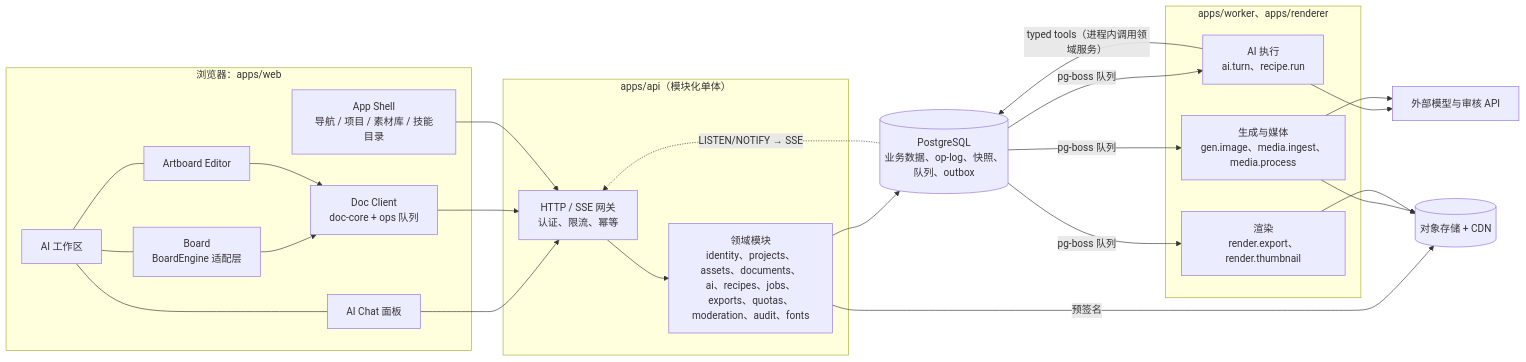
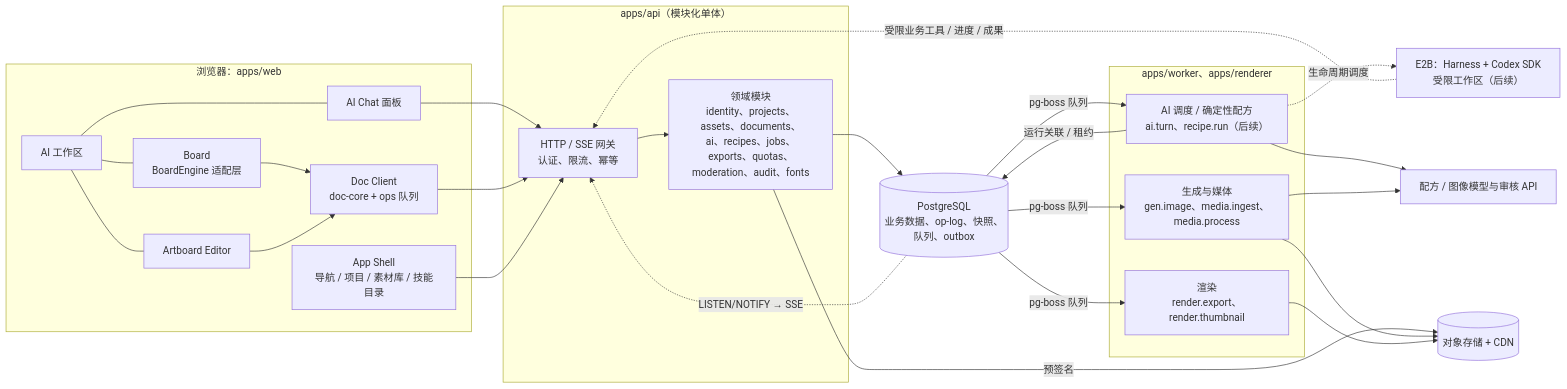
One commit to abystra/design-x changed the second of 10 diagrams in docs/architecture/02-architecture-diagrams.md. Above: the diagram before and after it, drawn with Mermaid. The commit also changed other lines of this file and 39 other files, not shown here.

Commit message:
feat: add persistent workspace API and adopt Codex E2B architecture

````diff
--- a/docs/architecture/02-architecture-diagrams.md
+++ b/docs/architecture/02-architecture-diagrams.md
@@ -51,47 +57,50 @@
 ```mermaid
 flowchart LR
   subgraph Client["浏览器：apps/web"]
     shell["App Shell<br/>导航 / 项目 / 素材库 / 技能目录"]
     ws["AI 工作区"]
     chat["AI Chat 面板"]
     board["Board<br/>BoardEngine 适配层"]
     editor["Artboard Editor"]
     docc["Doc Client<br/>doc-core + ops 队列"]
   end
 
   subgraph API["apps/api（模块化单体）"]
     gw["HTTP / SSE 网关<br/>认证、限流、幂等"]
     mods["领域模块<br/>identity、projects、assets、documents、<br/>ai、recipes、jobs、exports、quotas、<br/>moderation、audit、fonts"]
   end
 
   subgraph Workers["apps/worker、apps/renderer"]
-    aiw["AI 执行<br/>ai.turn、recipe.run"]
+    aiw["AI 调度 / 确定性配方<br/>ai.turn、recipe.run（后续）"]
     genw["生成与媒体<br/>gen.image、media.ingest、media.process"]
     rend["渲染<br/>render.export、render.thumbnail"]
   end
 
   pg[("PostgreSQL<br/>业务数据、op-log、快照、<br/>队列、outbox")]
   obj[("对象存储 + CDN")]
-  prov["外部模型与审核 API"]
+  prov["配方 / 图像模型与审核 API"]
+  sandbox["E2B：Harness + Codex SDK<br/>受限工作区（后续）"]
 
   ws --- chat
   ws --- board
   ws --- editor
   board --> docc
   editor --> docc
   chat --> gw
   docc --> gw
   shell --> gw
   gw --> mods
   mods --> pg
   mods -->|预签名| obj
   pg -->|pg-boss 队列| aiw
   pg -->|pg-boss 队列| genw
   pg -->|pg-boss 队列| rend
-  aiw -->|"typed tools（进程内调用领域服务）"| pg
+  aiw -->|运行关联 / 租约| pg
+  aiw -.->|生命周期调度| sandbox
+  sandbox -.->|受限业务工具 / 进度 / 成果| gw
   aiw --> prov
   genw --> prov
   genw --> obj
   rend --> obj
   pg -.->|LISTEN/NOTIFY → SSE| gw
 ```
````
